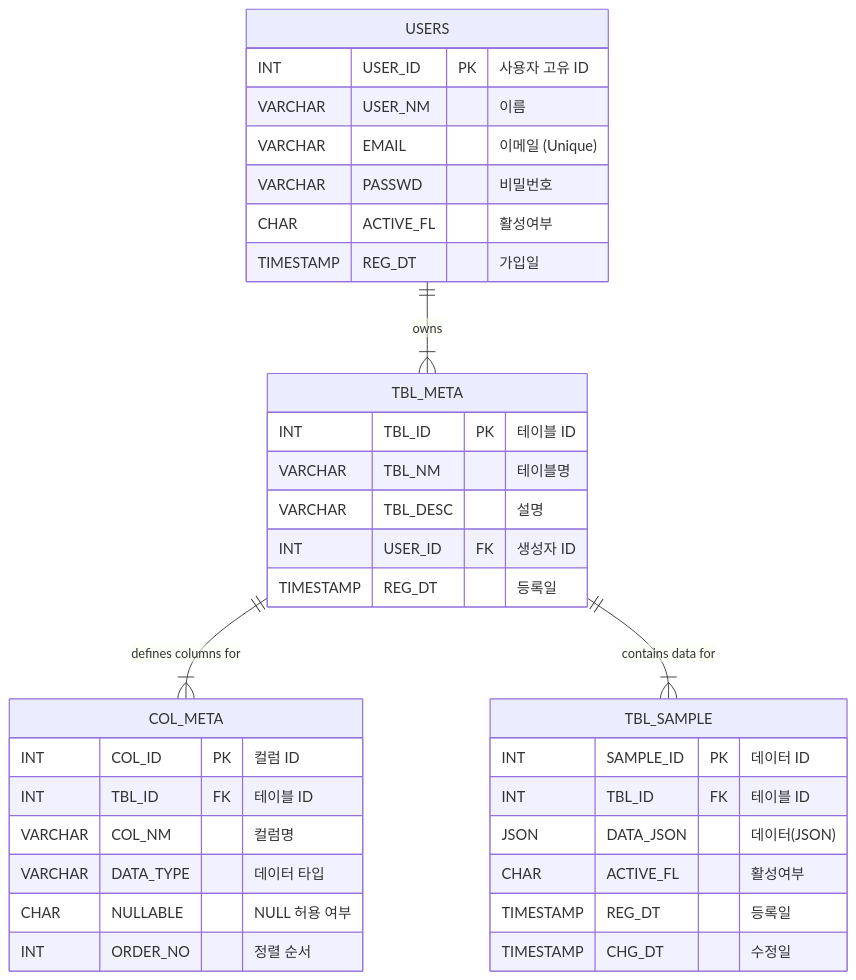
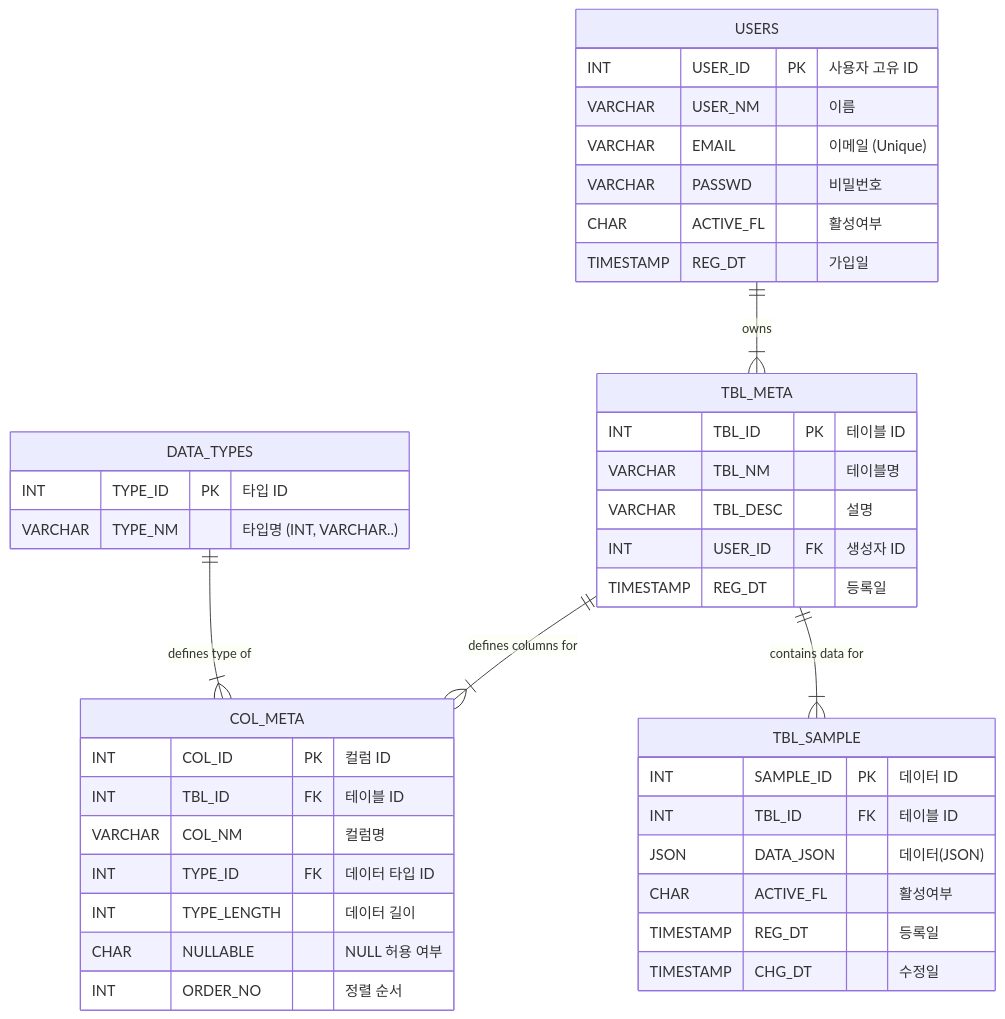
The second of 4 diagrams in README.md (wjdqudwls/team2), drawn with Mermaid before and after one commit. The commit also changed other lines of this file and 1 other file, not shown here.

````diff
--- a/README.md
+++ b/README.md
@@ -164,41 +180,48 @@
 ```mermaid
 erDiagram
     USERS {
         INT USER_ID PK "사용자 고유 ID"
         VARCHAR USER_NM "이름"
         VARCHAR EMAIL "이메일 (Unique)"
         VARCHAR PASSWD "비밀번호"
         CHAR ACTIVE_FL "활성여부"
         TIMESTAMP REG_DT "가입일"
     }
 
     TBL_META {
         INT TBL_ID PK "테이블 ID"
         VARCHAR TBL_NM "테이블명"
         VARCHAR TBL_DESC "설명"
         INT USER_ID FK "생성자 ID"
         TIMESTAMP REG_DT "등록일"
     }
 
     COL_META {
         INT COL_ID PK "컬럼 ID"
         INT TBL_ID FK "테이블 ID"
         VARCHAR COL_NM "컬럼명"
-        VARCHAR DATA_TYPE "데이터 타입"
+        INT TYPE_ID FK "데이터 타입 ID"
+        INT TYPE_LENGTH "데이터 길이"
         CHAR NULLABLE "NULL 허용 여부"
         INT ORDER_NO "정렬 순서"
+    }
+
+    DATA_TYPES {
+        INT TYPE_ID PK "타입 ID"
+        VARCHAR TYPE_NM "타입명 (INT, VARCHAR..)"
     }
 
     TBL_SAMPLE {
         INT SAMPLE_ID PK "데이터 ID"
         INT TBL_ID FK "테이블 ID"
         JSON DATA_JSON "데이터(JSON)"
         CHAR ACTIVE_FL "활성여부"
         TIMESTAMP REG_DT "등록일"
         TIMESTAMP CHG_DT "수정일"
     }
 
     USERS ||--|{ TBL_META : "owns"
     TBL_META ||--|{ COL_META : "defines columns for"
     TBL_META ||--|{ TBL_SAMPLE : "contains data for"
+    DATA_TYPES ||--|{ COL_META : "defines type of"
 ```
````
